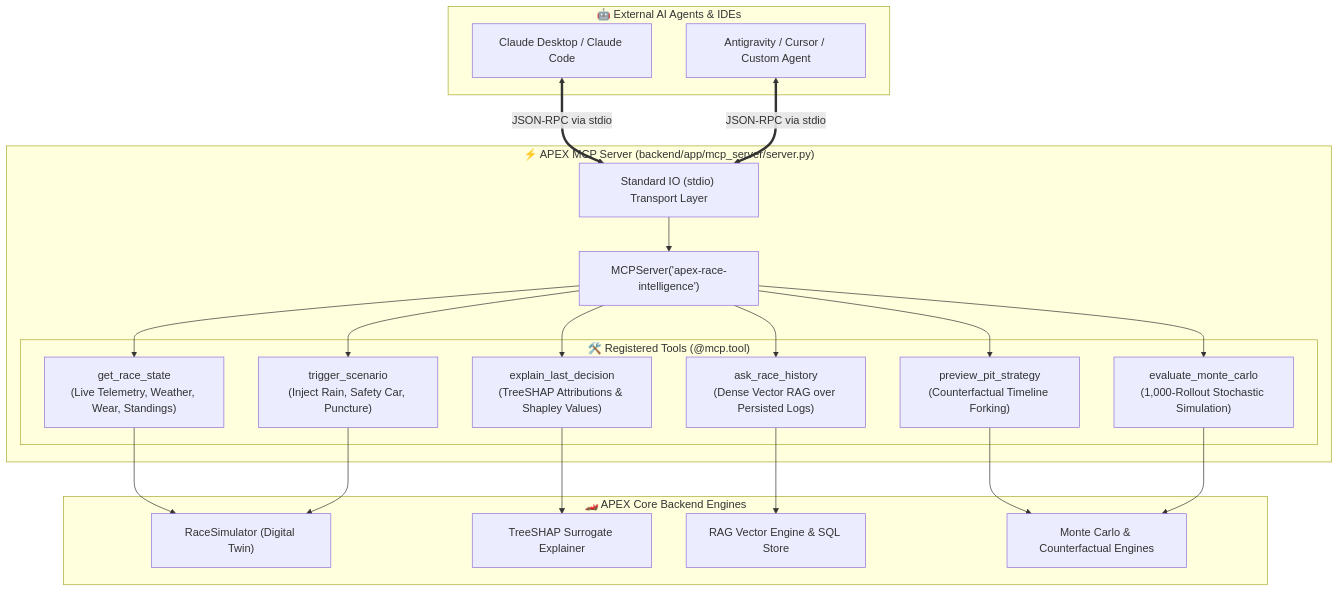
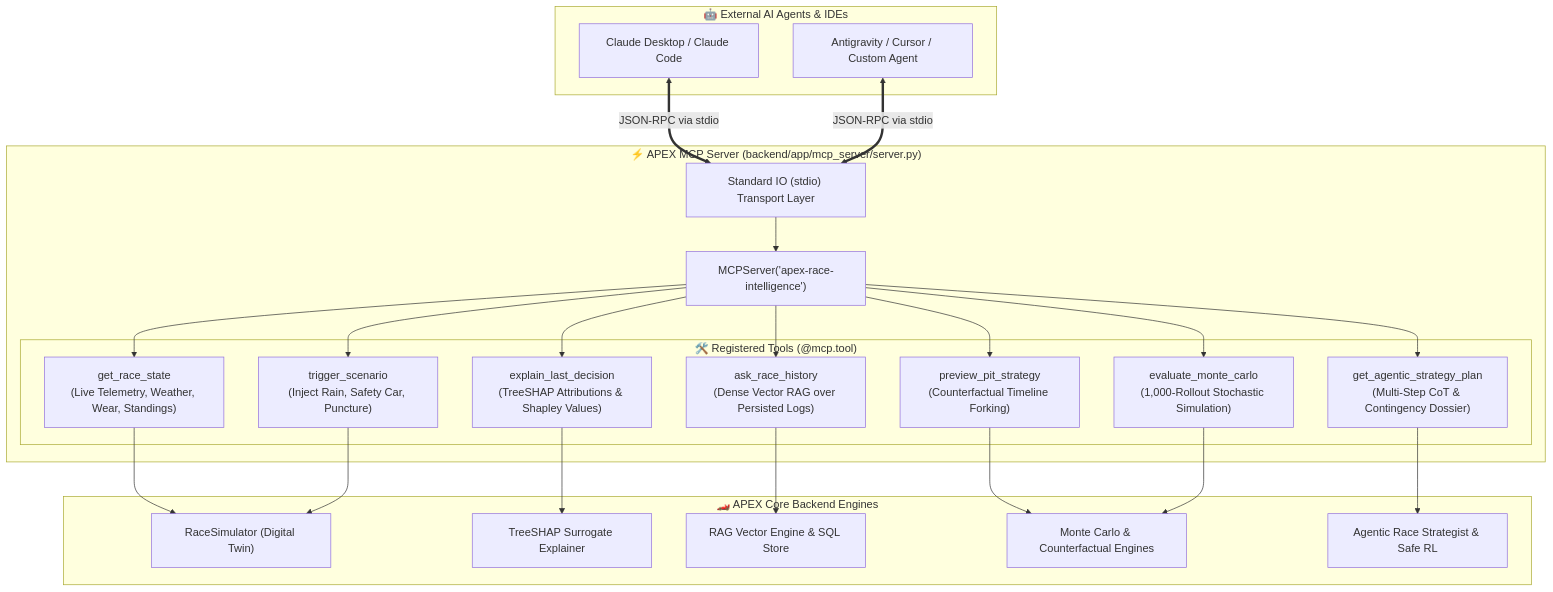
Before and after one commit to Susil-commits/F1-s-APEX----Autonomous-Predictive-EXecutive-Race-Intelligence-: the fifth of 12 diagrams in README.md, drawn with Mermaid. The commit also changed other lines of this file and 9 other files, not shown here.

````diff
--- a/README.md
+++ b/README.md
@@ -210,46 +243,50 @@
 ```mermaid
 flowchart TD
     subgraph MCPClients ["🤖 External AI Agents & IDEs"]
         ClaudeDesktop["Claude Desktop / Claude Code"]
         Antigravity["Antigravity / Cursor / Custom Agent"]
     end
 
     subgraph MCPServerArchitecture ["⚡ APEX MCP Server (backend/app/mcp_server/server.py)"]
         StdioTransport["Standard IO (stdio) Transport Layer"]
         MCPServerCore["MCPServer('apex-race-intelligence')"]
         
         subgraph MCPToolRegistry ["🛠️ Registered Tools (@mcp.tool)"]
             T1["get_race_state<br/>(Live Telemetry, Weather, Wear, Standings)"]
             T2["explain_last_decision<br/>(TreeSHAP Attributions & Shapley Values)"]
             T3["ask_race_history<br/>(Dense Vector RAG over Persisted Logs)"]
             T4["preview_pit_strategy<br/>(Counterfactual Timeline Forking)"]
             T5["evaluate_monte_carlo<br/>(1,000-Rollout Stochastic Simulation)"]
             T6["trigger_scenario<br/>(Inject Rain, Safety Car, Puncture)"]
+            T7["get_agentic_strategy_plan<br/>(Multi-Step CoT & Contingency Dossier)"]
         end
         
         StdioTransport --> MCPServerCore
         MCPServerCore --> T1
         MCPServerCore --> T2
         MCPServerCore --> T3
         MCPServerCore --> T4
         MCPServerCore --> T5
         MCPServerCore --> T6
+        MCPServerCore --> T7
     end
 
     subgraph APEXCore ["🏎️ APEX Core Backend Engines"]
         SimEngine["RaceSimulator (Digital Twin)"]
         SHAPSurrogate["TreeSHAP Surrogate Explainer"]
         VectorStore["RAG Vector Engine & SQL Store"]
         MonteEngine2["Monte Carlo & Counterfactual Engines"]
+        AgenticCore["Agentic Race Strategist & Safe RL"]
         
         T1 --> SimEngine
         T2 --> SHAPSurrogate
         T3 --> VectorStore
         T4 --> MonteEngine2
         T5 --> MonteEngine2
         T6 --> SimEngine
+        T7 --> AgenticCore
     end
 
     ClaudeDesktop <==>|JSON-RPC via stdio| StdioTransport
     Antigravity <==>|JSON-RPC via stdio| StdioTransport
 ```
````
